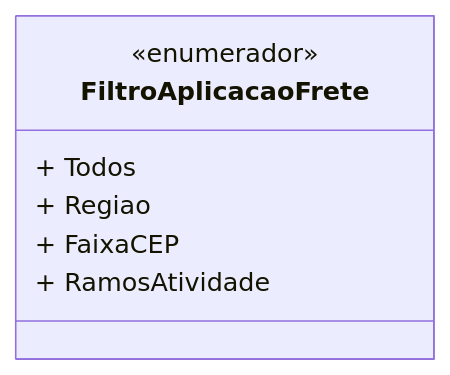
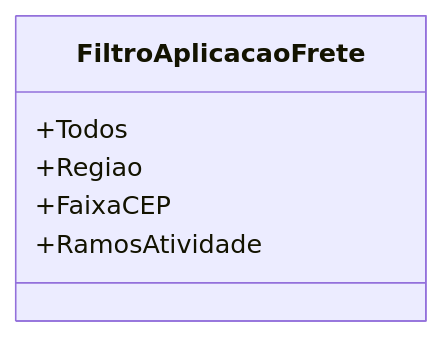
Before and after one commit to IsthmusSistemas/documentacao-tecnica: the diagram in docs/b2b-dominio/IsthmusWinthor.Nucleo/IsthmusWinthor.Dominio/Enumeradores/FiltroAplicacaoFrete.md, drawn with Mermaid. The commit also changed other lines of this file and 882 other files, not shown here.

````diff
--- a/docs/b2b-dominio/IsthmusWinthor.Nucleo/IsthmusWinthor.Dominio/Enumeradores/FiltroAplicacaoFrete.md
+++ b/docs/b2b-dominio/IsthmusWinthor.Nucleo/IsthmusWinthor.Dominio/Enumeradores/FiltroAplicacaoFrete.md
@@ -12,10 +11,9 @@
 ```mermaid
 classDiagram
     class FiltroAplicacaoFrete {
-        <<enumerador>>
-        + Todos
-        + Regiao
-        + FaixaCEP
-        + RamosAtividade
+        +Todos
+        +Regiao
+        +FaixaCEP
+        +RamosAtividade
     }
 ```
````
